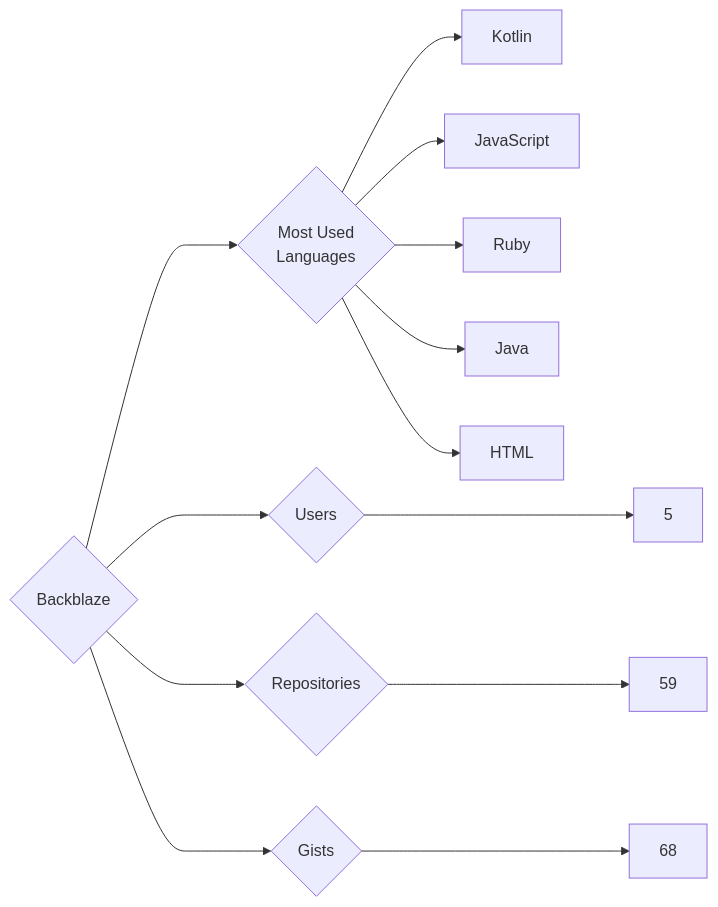
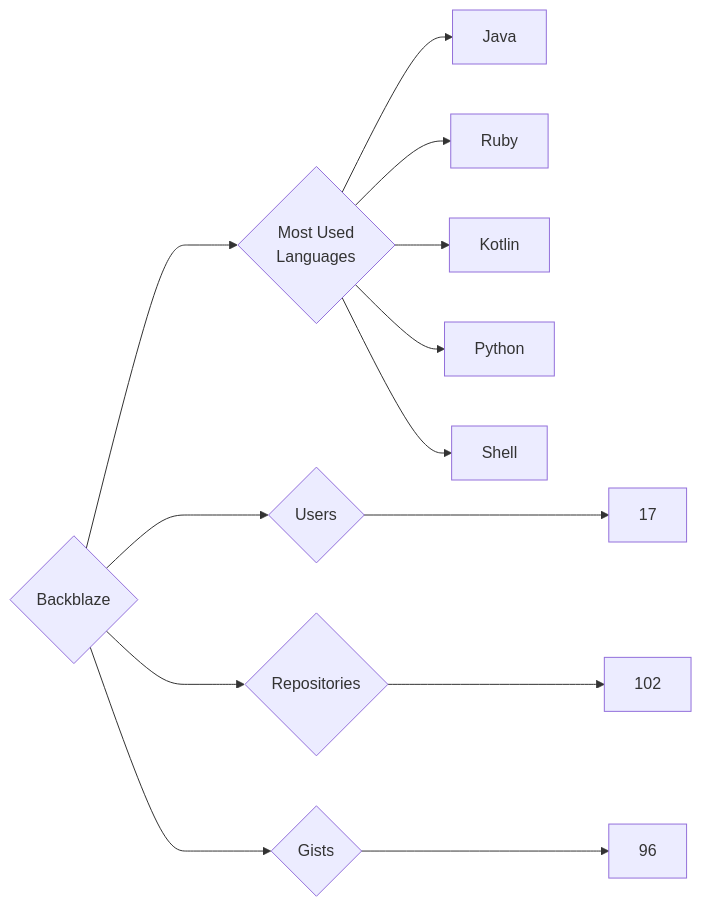
The diagram in targets/Backblaze/README.md (trickest/insiders), drawn with Mermaid before and after one commit. The commit also changed 965 other files, not shown here.

````diff
--- a/targets/Backblaze/README.md
+++ b/targets/Backblaze/README.md
@@ -3,13 +3,13 @@
 ```mermaid
 graph LR
 COMPANY_NAME{Backblaze}
-COMPANY_NAME ---> U{Users} ---> UN[5]
-COMPANY_NAME ---> R{Repositories} ---> RN[59]
-COMPANY_NAME ---> G{Gists} ---> GN[68]
+COMPANY_NAME ---> U{Users} ---> UN[17]
+COMPANY_NAME ---> R{Repositories} ---> RN[102]
+COMPANY_NAME ---> G{Gists} ---> GN[96]
 COMPANY_NAME ---> ML{Most Used<br>Languages}
+ML --> Java[Java]
+ML --> Ruby[Ruby]
 ML --> Kotlin[Kotlin]
-ML --> JavaScript[JavaScript]
-ML --> Ruby[Ruby]
-ML --> Java[Java]
-ML --> HTML[HTML]
+ML --> Python[Python]
+ML --> Shell[Shell]
 ```
````
